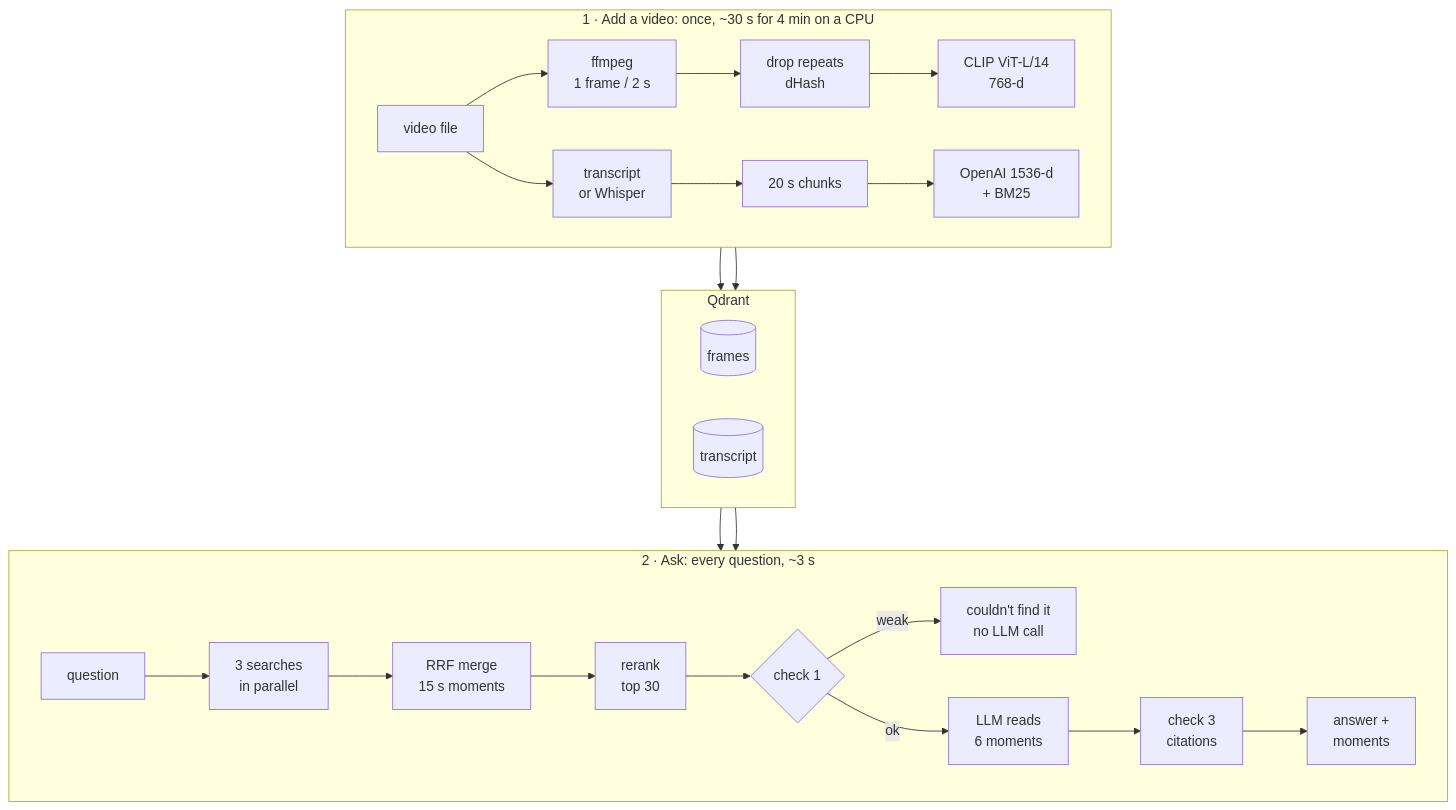
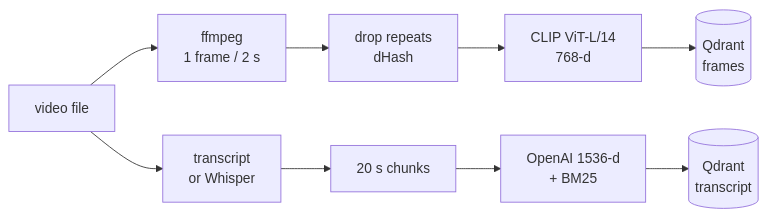
Before and after one commit to hamzafarooq/momentsearch-workshop: the first of 2 diagrams in README.md, drawn with Mermaid. The commit also changed other lines of this file, not shown here.

Commit message:
README: two short diagrams instead of one, readable at GitHub width

````diff
--- a/README.md
+++ b/README.md
@@ -29,23 +31,5 @@
 ```mermaid
-flowchart TB
-  subgraph ingest["1 · Add a video: once, ~30 s for 4 min on a CPU"]
-    direction LR
-    V[video file] --> F["ffmpeg<br/>1 frame / 2 s"] --> D["drop repeats<br/>dHash"] --> C["CLIP ViT-L/14<br/>768-d"]
-    V --> T["transcript<br/>or Whisper"] --> K["20 s chunks"] --> E["OpenAI 1536-d<br/>+ BM25"]
-  end
-  subgraph store["Qdrant"]
-    direction LR
-    QI[("frames")]
-    QT[("transcript")]
-  end
-  subgraph ask["2 · Ask: every question, ~3 s"]
-    direction LR
-    Q[question] --> S["3 searches<br/>in parallel"] --> R["RRF merge<br/>15 s moments"] --> X["rerank<br/>top 30"] --> G{"check 1"}
-    G -- weak --> N["couldn't find it<br/>no LLM call"]
-    G -- ok --> L["LLM reads<br/>6 moments"] --> Z["check 3<br/>citations"] --> A[answer +<br/>moments]
-  end
-  C --> QI
-  E --> QT
-  QI --> S
-  QT --> S
+flowchart LR
+  V[video file] --> F["ffmpeg<br/>1 frame / 2 s"] --> D["drop repeats<br/>dHash"] --> C["CLIP ViT-L/14<br/>768-d"] --> QI[("Qdrant<br/>frames")]
+  V --> T["transcript<br/>or Whisper"] --> K["20 s chunks"] --> E["OpenAI 1536-d<br/>+ BM25"] --> QT[("Qdrant<br/>transcript")]
 ```
````
